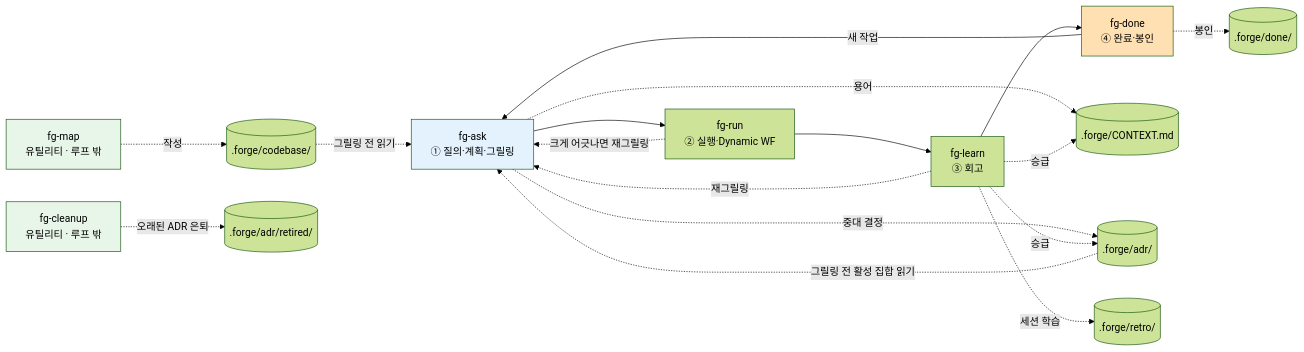
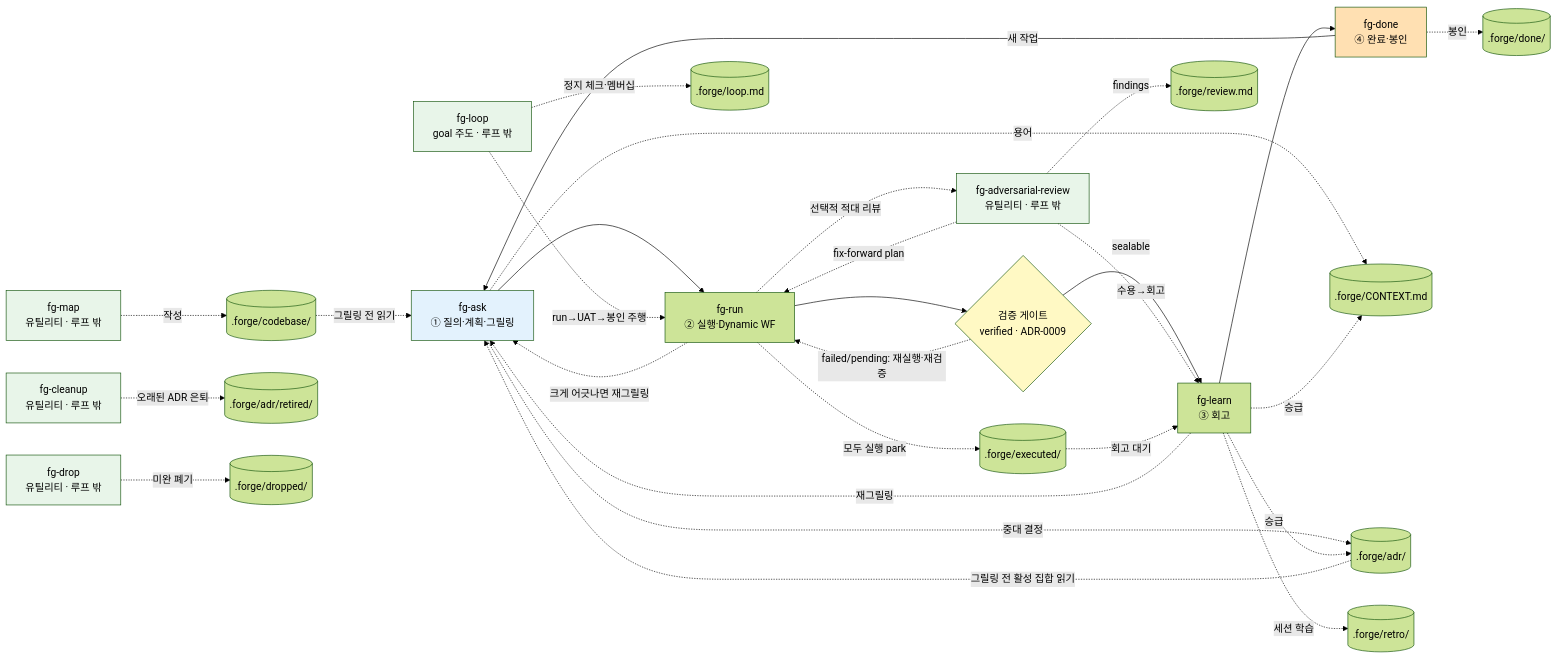
The diagram in docs/state-contract.md (gyuha/forge), drawn with Mermaid (forest theme) before and after one commit. The commit also changed other lines of this file and 12 other files, not shown here.

````diff
--- a/docs/state-contract.md
+++ b/docs/state-contract.md
@@ -58,23 +78,38 @@
 ```mermaid
 flowchart LR
     A[fg-ask<br/>① 질의·계획·그릴링] --> E[fg-run<br/>② 실행·Dynamic WF]
-    E --> L[fg-learn<br/>③ 회고]
+    E --> V{검증 게이트<br/>verified · ADR-0009}
+    V -->|sealable| L[fg-learn<br/>③ 회고]
+    V -. failed/pending: 재실행·재검증 .-> E
     L --> C[fg-done<br/>④ 완료·봉인]
+    E -. 선택적 적대 리뷰 .-> AR[fg-adversarial-review<br/>유틸리티 · 루프 밖]
+    AR -. findings .-> REVIEW[(.forge/review.md)]
+    AR -. fix-forward plan .-> E
+    AR -. 수용→회고 .-> L
+    E -. 모두 실행 park .-> EXEC[(.forge/executed/)]
+    EXEC -. 회고 대기 .-> L
     E -.크게 어긋나면 재그릴링.-> A
     L -.재그릴링.-> A
     C -->|새 작업| A
     A -.용어.-> CTX[(.forge/CONTEXT.md)]
     A -.중대 결정.-> ADR[(.forge/adr/)]
     L -.승급.-> CTX
     L -.승급.-> ADR
     L -.세션 학습.-> RETRO[(.forge/retro/)]
     C -.봉인.-> DONE[(.forge/done/)]
     MAP[fg-map<br/>유틸리티 · 루프 밖] -.작성.-> CB[(.forge/codebase/)]
     CB -.그릴링 전 읽기.-> A
     CLEAN[fg-cleanup<br/>유틸리티 · 루프 밖] -.오래된 ADR 은퇴.-> ADRRET[(.forge/adr/retired/)]
     ADR -.그릴링 전 활성 집합 읽기.-> A
+    LOOP[fg-loop<br/>goal 주도 · 루프 밖] -. 정지 체크·멤버십 .-> LOOPMD[(.forge/loop.md)]
+    LOOP -. run→UAT→봉인 주행 .-> E
+    DROP[fg-drop<br/>유틸리티 · 루프 밖] -. 미완 폐기 .-> DROPPED[(.forge/dropped/)]
     style A fill:#e3f2fd
     style C fill:#ffe0b2
+    style V fill:#fff9c4
     style MAP fill:#e8f5e9
     style CLEAN fill:#e8f5e9
+    style LOOP fill:#e8f5e9
+    style AR fill:#e8f5e9
+    style DROP fill:#e8f5e9
 ```
````
